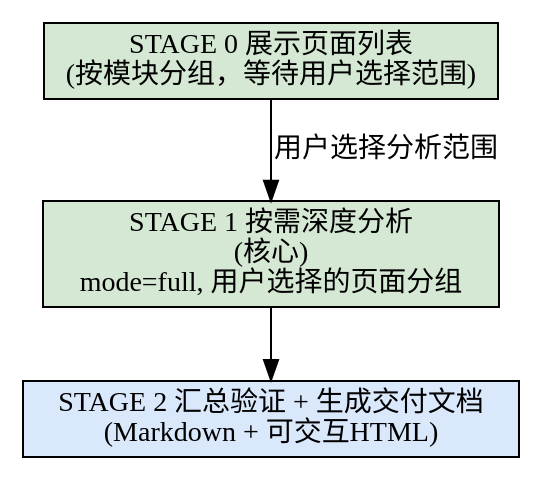
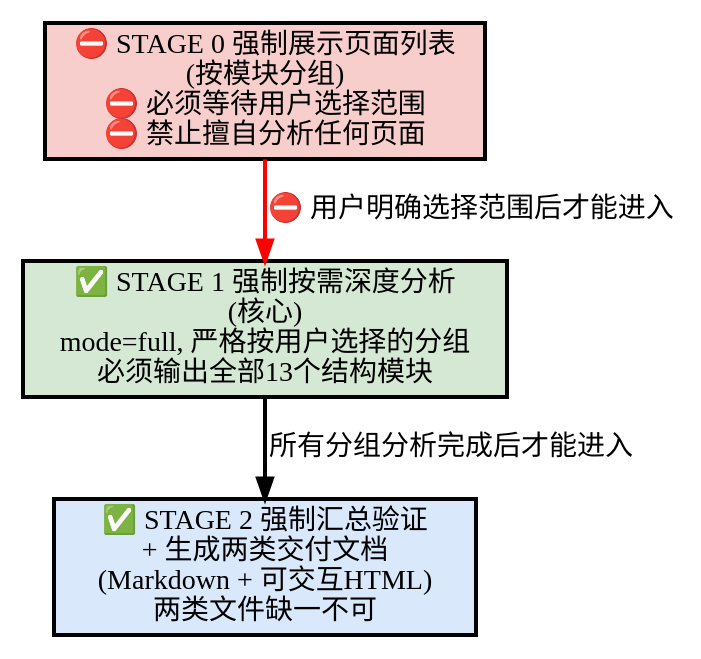
Before and after one commit to BlackFlame-plus/Flame-Skills: the second of 2 diagrams in plugins/ui-or-prd-tool/skills/lanhu-requirements/SKILL.md, drawn with Graphviz. The commit also changed other lines of this file and 4 other files, not shown here.

````diff
--- a/plugins/ui-or-prd-tool/skills/lanhu-requirements/SKILL.md
+++ b/plugins/ui-or-prd-tool/skills/lanhu-requirements/SKILL.md
@@ -181,13 +211,13 @@
 ```dot
 digraph workflow {
     rankdir=TB;
-    node [shape=box, style=filled, fillcolor="#e8f4f8"];
+    node [shape=box, style="filled,bold", fillcolor="#e8f4f8"];
 
-    s0 [label="STAGE 0 展示页面列表\n(按模块分组，等待用户选择范围)", fillcolor="#d5e8d4"];
-    s1 [label="STAGE 1 按需深度分析\n(核心)\nmode=full, 用户选择的页面分组", fillcolor="#d5e8d4"];
-    s2 [label="STAGE 2 汇总验证 + 生成交付文档\n(Markdown + 可交互HTML)", fillcolor="#dae8fc"];
+    s0 [label="⛔ STAGE 0 强制展示页面列表\n(按模块分组)\n⛔ 必须等待用户选择范围\n⛔ 禁止擅自分析任何页面", fillcolor="#f8cecc"];
+    s1 [label="✅ STAGE 1 强制按需深度分析\n(核心)\nmode=full, 严格按用户选择的分组\n必须输出全部13个结构模块", fillcolor="#d5e8d4"];
+    s2 [label="✅ STAGE 2 强制汇总验证\n+ 生成两类交付文档\n(Markdown + 可交互HTML)\n两类文件缺一不可", fillcolor="#dae8fc"];
 
-    s0 -> s1 [label="用户选择分析范围"];
-    s1 -> s2;
+    s0 -> s1 [label="⛔ 用户明确选择范围后才能进入", style="bold", color="red"];
+    s1 -> s2 [label="所有分组分析完成后才能进入", style="bold"];
 }
 ```
````
